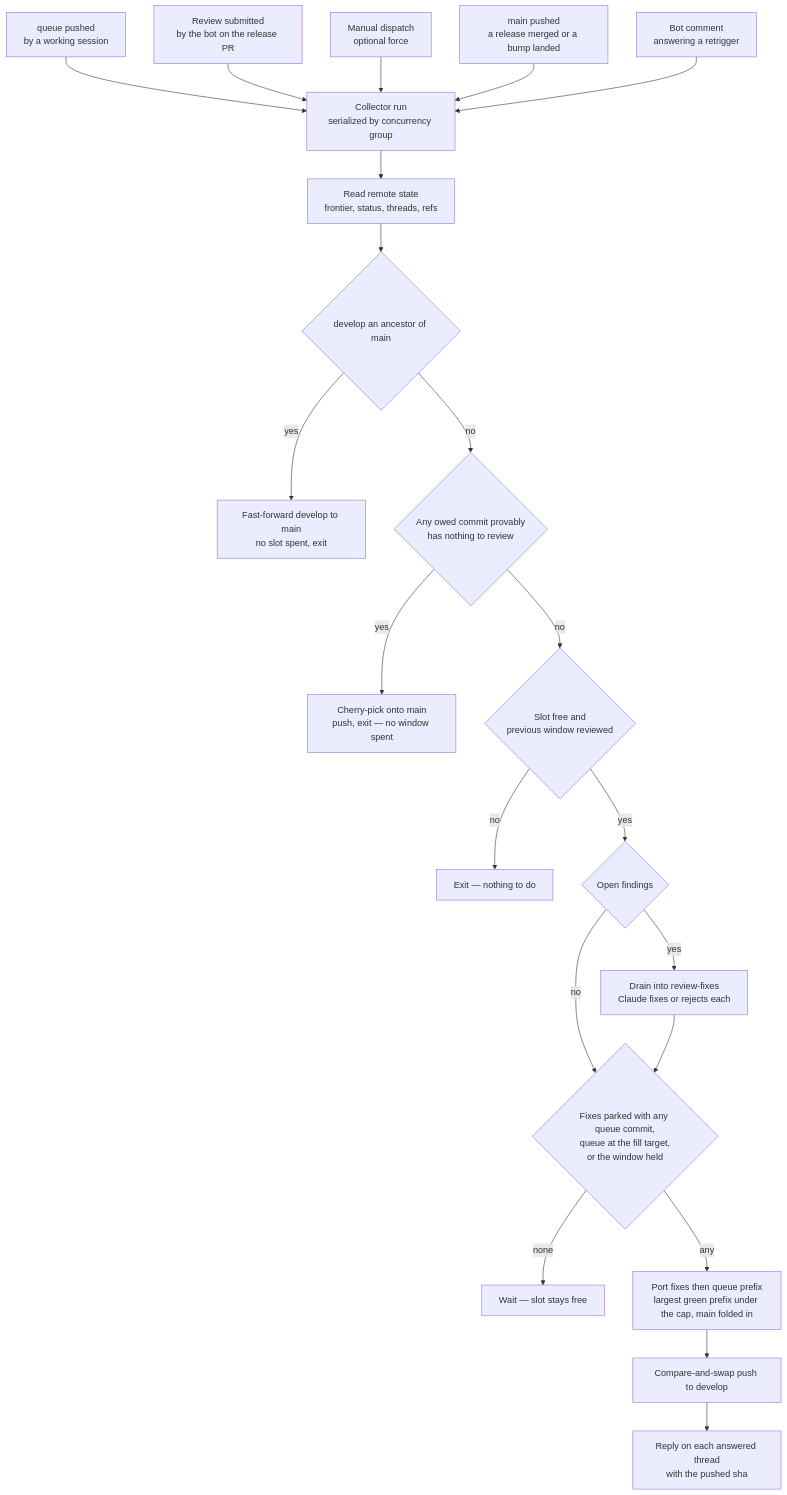
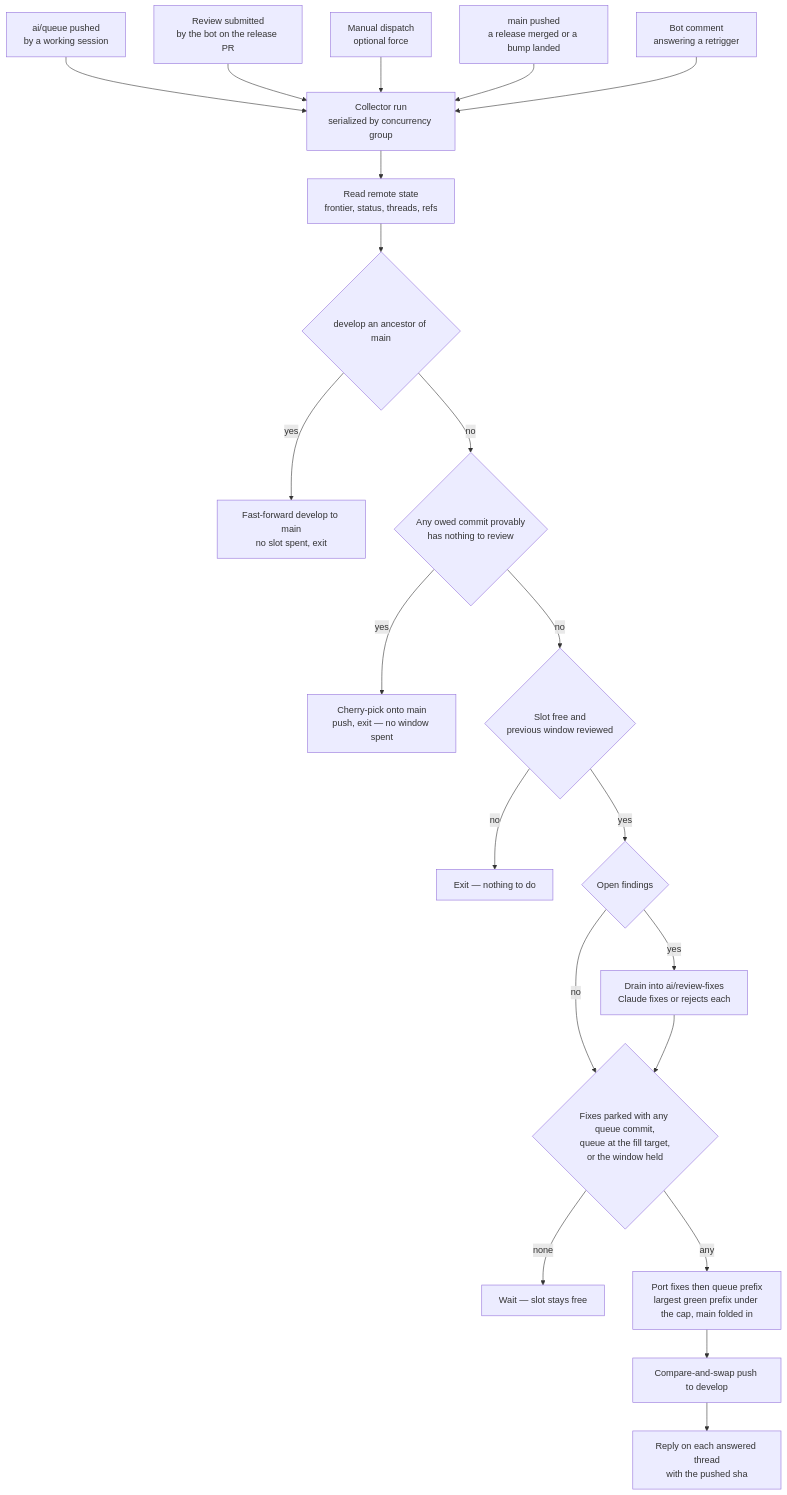
Before and after one commit to Esposter/Esposter: the diagram in apps/web/content/docs/infra/review-collector/index.md, drawn with Mermaid. The commit also changed other lines of this file and 25 other files, not shown here.

````diff
--- a/apps/web/content/docs/infra/review-collector/index.md
+++ b/apps/web/content/docs/infra/review-collector/index.md
@@ -27,23 +27,23 @@
 ```mermaid
 flowchart TD
-  A[queue pushed<br/>by a working session] --> C
+  A[ai/queue pushed<br/>by a working session] --> C
   F[Review submitted<br/>by the bot on the release PR] --> C
   D[Manual dispatch<br/>optional force] --> C
   MN[main pushed<br/>a release merged or a bump landed] --> C
   CM[Bot comment<br/>answering a retrigger] --> C
   C[Collector run<br/>serialized by concurrency group] --> R[Read remote state<br/>frontier, status, threads, refs]
   R --> RS{develop an ancestor of main}
   RS -->|yes| FF[Fast-forward develop to main<br/>no slot spent, exit]
   RS -->|no| E{Any owed commit provably<br/>has nothing to review}
   E -->|yes| EX[Cherry-pick onto main<br/>push, exit — no window spent]
   E -->|no| G{Slot free and<br/>previous window reviewed}
   G -->|no| X[Exit — nothing to do]
   G -->|yes| O{Open findings}
-  O -->|yes| DR[Drain into review-fixes<br/>Claude fixes or rejects each]
+  O -->|yes| DR[Drain into ai/review-fixes<br/>Claude fixes or rejects each]
   O -->|no| P
   DR --> P{Fixes parked with any queue commit,<br/>queue at the fill target,<br/>or the window held}
   P -->|none| PK[Wait — slot stays free]
   P -->|any| W[Port fixes then queue prefix<br/>largest green prefix under the cap, main folded in]
   W --> PU[Compare-and-swap push to develop]
   PU --> RP[Reply on each answered thread<br/>with the pushed sha]
 ```
````
